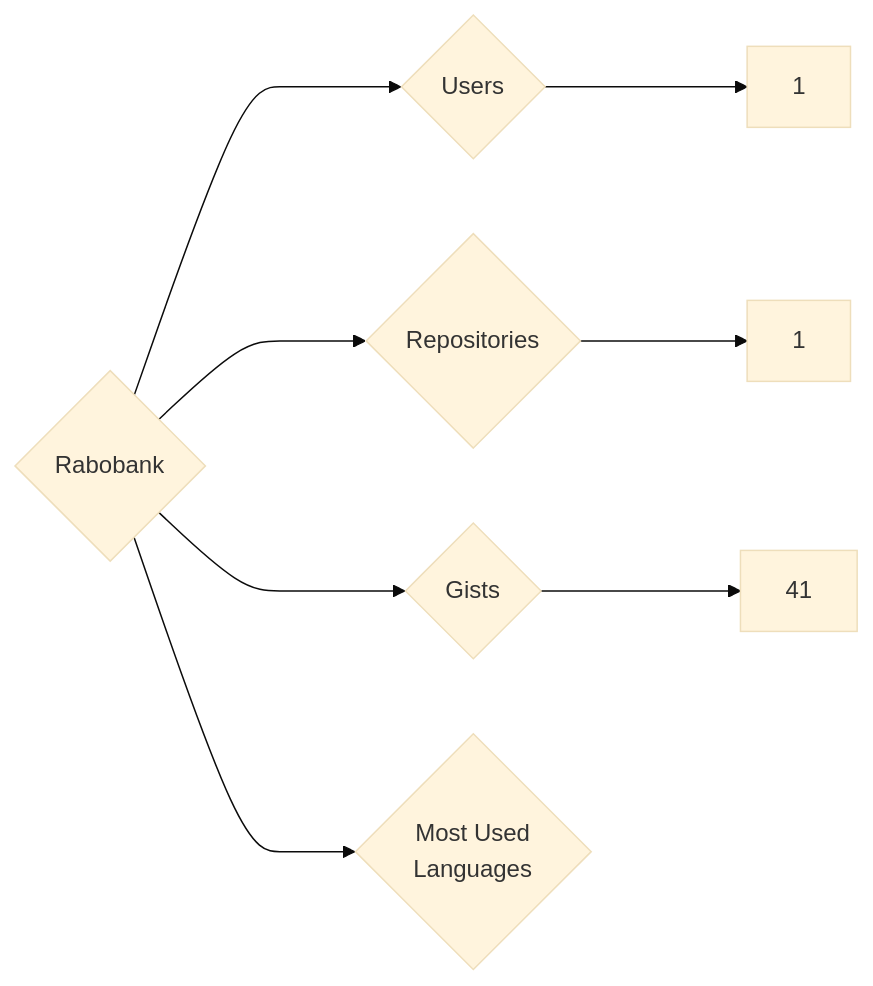
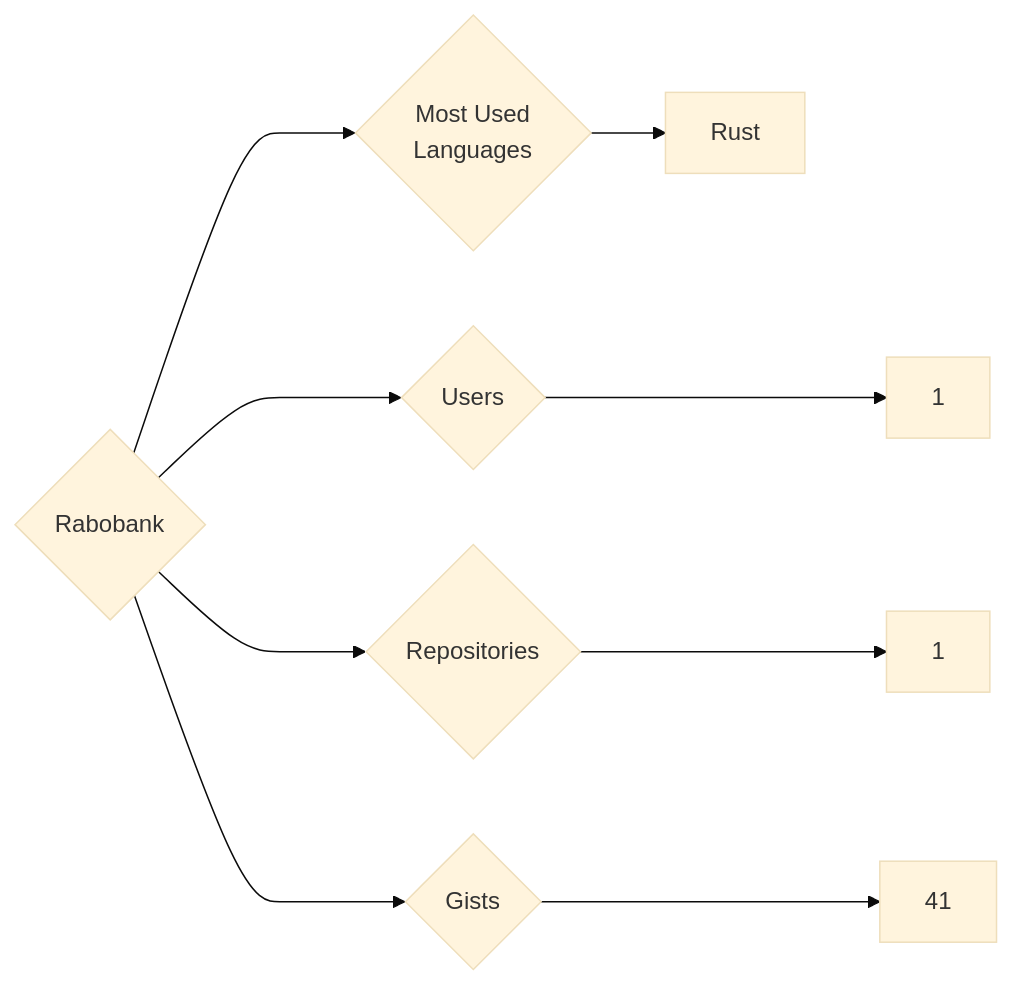
One commit to trickest/insiders changed the diagram in targets/Rabobank/README.md. Above: the diagram before and after it, drawn with Mermaid (base theme). The commit also changed 765 other files, not shown here.

````diff
--- a/targets/Rabobank/README.md
+++ b/targets/Rabobank/README.md
@@ -3,8 +3,9 @@
 ```mermaid
 graph LR
 COMPANY_NAME{Rabobank}
 COMPANY_NAME ---> U{Users} ---> UN[1]
 COMPANY_NAME ---> R{Repositories} ---> RN[1]
 COMPANY_NAME ---> G{Gists} ---> GN[41]
 COMPANY_NAME ---> ML{Most Used<br>Languages}
+ML --> Rust[Rust]
 ```
````
